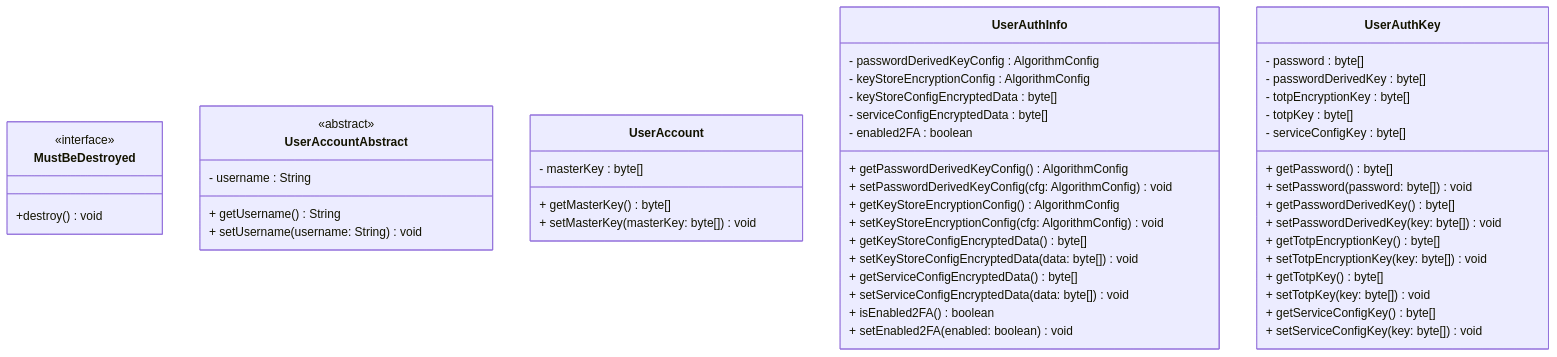
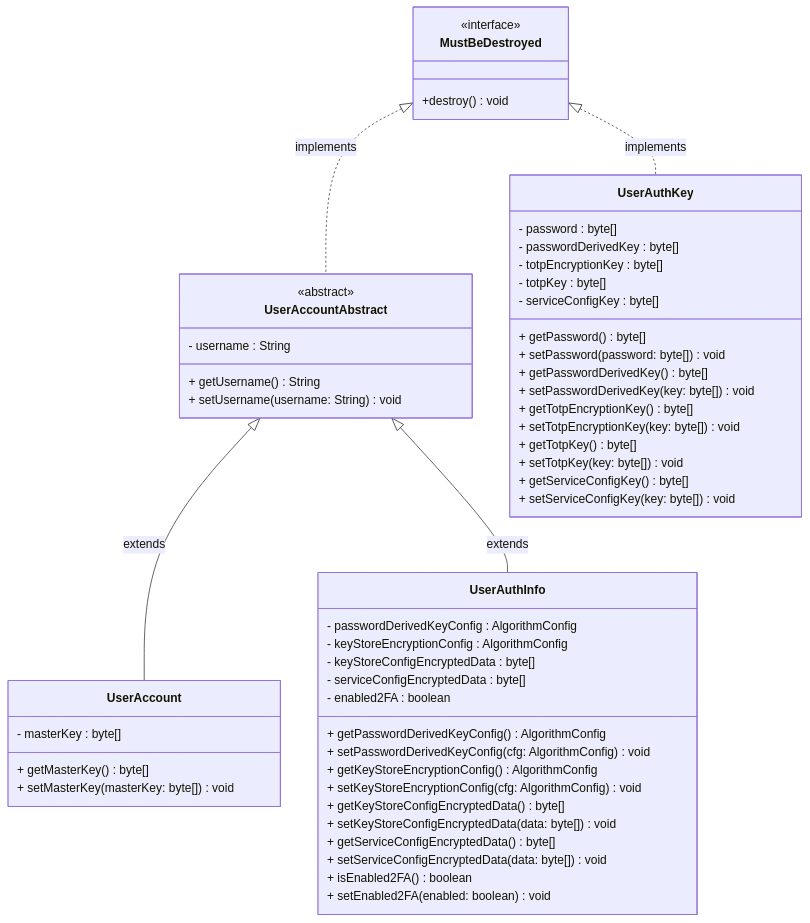
One commit to ZY-UNIVERSITA/Progetto-OOP changed the diagram in Modello implementativo.md. Above: the diagram before and after it, drawn with Mermaid. The commit also changed 1 other file, not shown here.

Commit message:
Complete documentation model

````diff
--- a/Modello implementativo.md
+++ b/Modello implementativo.md
@@ -3,62 +3,68 @@
 ```mermaid
 
 classDiagram
 
 %% Interface
 class MustBeDestroyed {
   <<interface>>
   +destroy() void
 }
 
 %% Abstract classes
 class UserAccountAbstract {
   <<abstract>>
   - username : String
   + getUsername() String
   + setUsername(username: String) void
 }
 
 %% Concrete classes
 class UserAccount {
   - masterKey : byte[]
   + getMasterKey() byte[]
   + setMasterKey(masterKey: byte[]) void
 }
 
 class UserAuthInfo {
   - passwordDerivedKeyConfig : AlgorithmConfig
   - keyStoreEncryptionConfig : AlgorithmConfig
   - keyStoreConfigEncryptedData : byte[]
   - serviceConfigEncryptedData : byte[]
   - enabled2FA : boolean
   + getPasswordDerivedKeyConfig() AlgorithmConfig
   + setPasswordDerivedKeyConfig(cfg: AlgorithmConfig) void
   + getKeyStoreEncryptionConfig() AlgorithmConfig
   + setKeyStoreEncryptionConfig(cfg: AlgorithmConfig) void
   + getKeyStoreConfigEncryptedData() byte[]
   + setKeyStoreConfigEncryptedData(data: byte[]) void
   + getServiceConfigEncryptedData() byte[]
   + setServiceConfigEncryptedData(data: byte[]) void
   + isEnabled2FA() boolean
   + setEnabled2FA(enabled: boolean) void
 }
 
 class UserAuthKey {
   - password : byte[]
   - passwordDerivedKey : byte[]
   - totpEncryptionKey : byte[]
   - totpKey : byte[]
   - serviceConfigKey : byte[]
   + getPassword() byte[]
   + setPassword(password: byte[]) void
   + getPasswordDerivedKey() byte[]
   + setPasswordDerivedKey(key: byte[]) void
   + getTotpEncryptionKey() byte[]
   + setTotpEncryptionKey(key: byte[]) void
   + getTotpKey() byte[]
   + setTotpKey(key: byte[]) void
   + getServiceConfigKey() byte[]
   + setServiceConfigKey(key: byte[]) void
 }
 
+%% Relationships
+MustBeDestroyed <|.. UserAccountAbstract : implements
+UserAccountAbstract <|-- UserAccount : extends
+UserAccountAbstract <|-- UserAuthInfo : extends
+MustBeDestroyed <|.. UserAuthKey : implements
+
 ```
````
